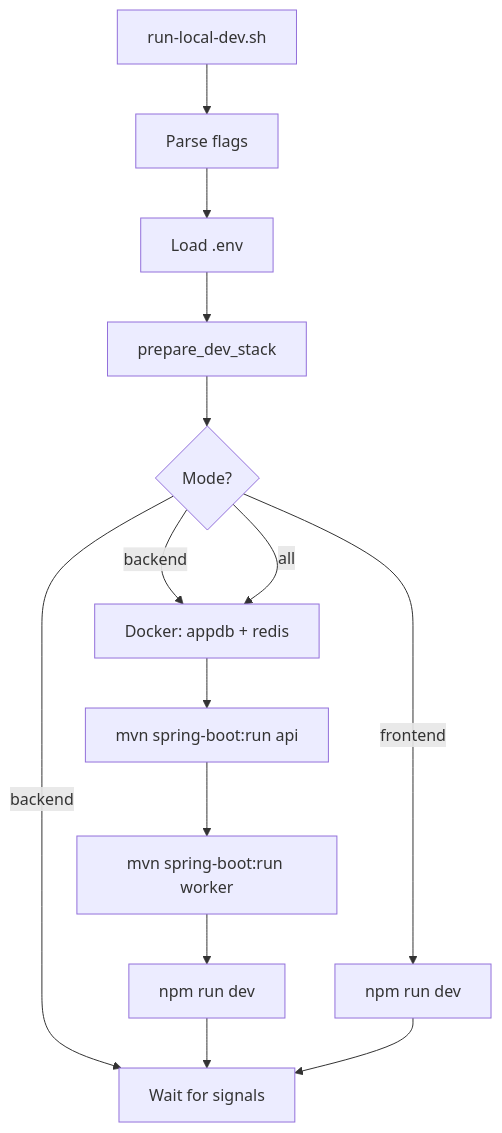
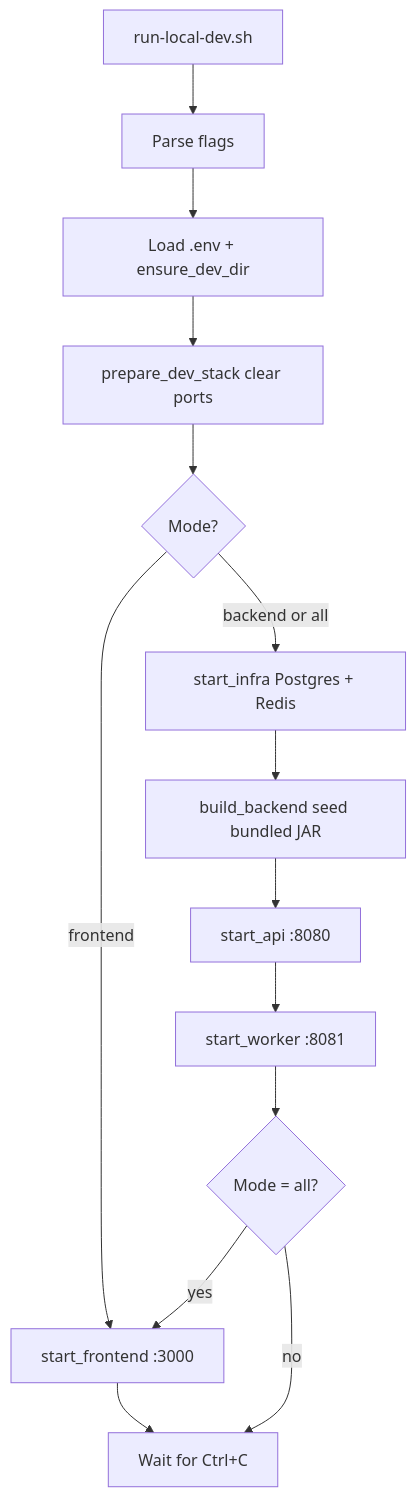
Before and after one commit to shubh-am8/data-migration-tool: the diagram in docs/development.md, drawn with Mermaid. The commit also changed other lines of this file and 6 other files, not shown here.

Commit message:
docs: rewrite public guides with Mermaid flowcharts

````diff
--- a/docs/development.md
+++ b/docs/development.md
@@ -34,16 +34,16 @@
 ```mermaid
 flowchart TD
   start[run-local-dev.sh] --> parse[Parse flags]
-  parse --> load[Load .env]
-  load --> prepare[prepare_dev_stack]
+  parse --> env[Load .env + ensure_dev_dir]
+  env --> prepare[prepare_dev_stack clear ports]
   prepare --> mode{Mode?}
-  mode -->|frontend| fe[npm run dev]
-  mode -->|backend| infra1[Docker: appdb + redis]
-  mode -->|all| infra1
-  infra1 --> api[mvn spring-boot:run api]
-  api --> worker[mvn spring-boot:run worker]
-  worker --> fe2[npm run dev]
-  mode -->|backend| wait[Wait for signals]
-  fe2 --> wait
+  mode -->|frontend| fe[start_frontend :3000]
+  mode -->|backend or all| infra[start_infra Postgres + Redis]
+  infra --> build[build_backend seed bundled JAR]
+  build --> api[start_api :8080]
+  api --> worker[start_worker :8081]
+  worker --> allCheck{Mode = all?}
+  allCheck -->|yes| fe
+  allCheck -->|no| wait[Wait for Ctrl+C]
   fe --> wait
 ```
````
